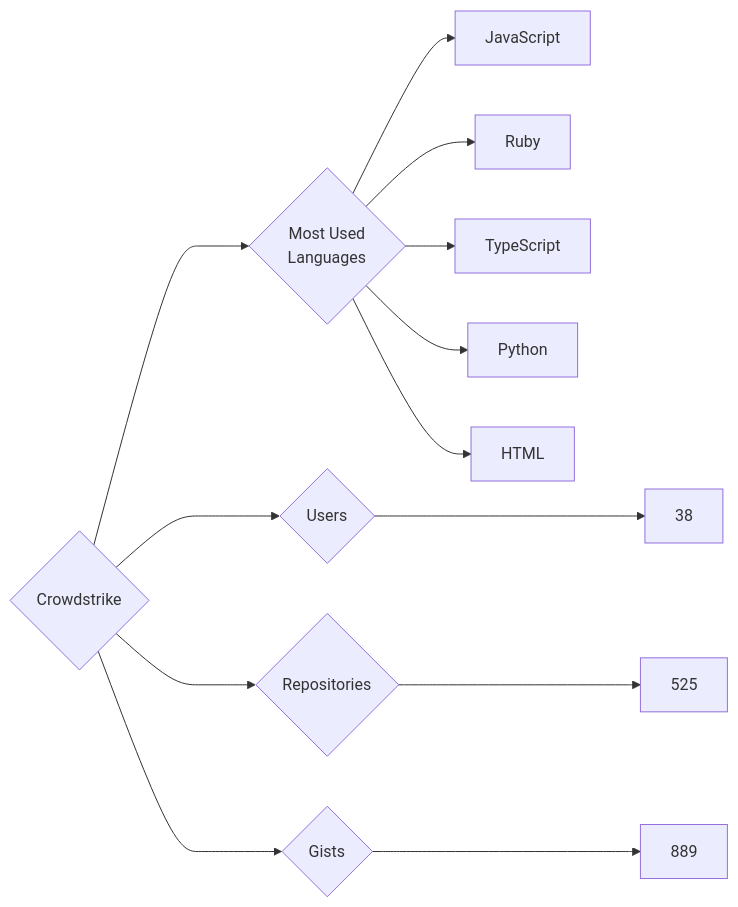
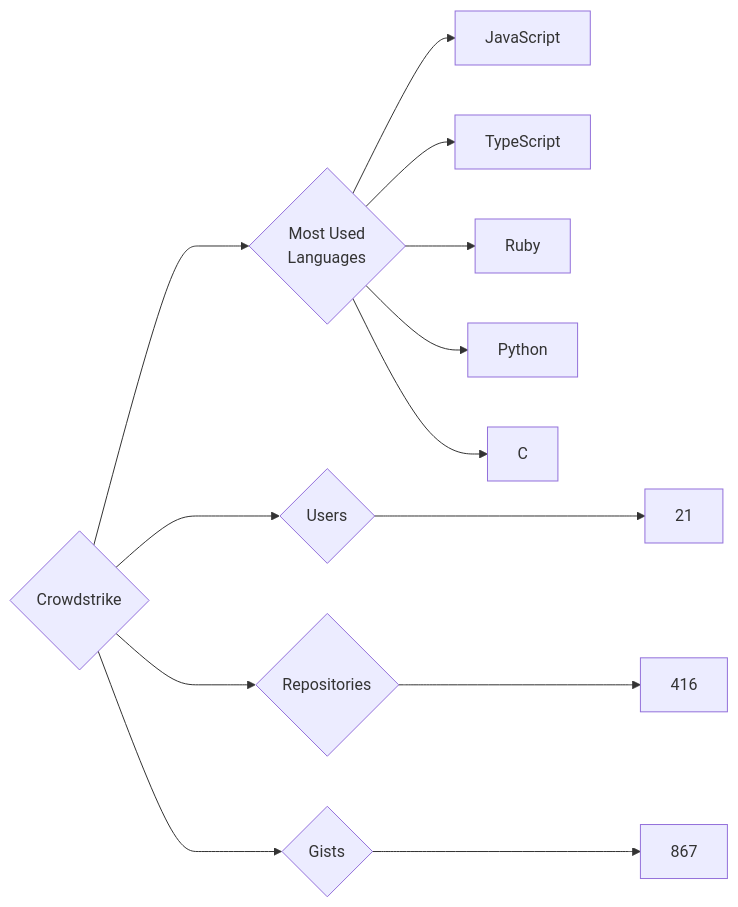
The diagram in targets/Crowdstrike/README.md (trickest/insiders), drawn with Mermaid before and after one commit. The commit also changed 553 other files, not shown here.

````diff
--- a/targets/Crowdstrike/README.md
+++ b/targets/Crowdstrike/README.md
@@ -3,13 +3,13 @@
 ```mermaid
 graph LR
 COMPANY_NAME{Crowdstrike}
-COMPANY_NAME ---> U{Users} ---> UN[38]
-COMPANY_NAME ---> R{Repositories} ---> RN[525]
-COMPANY_NAME ---> G{Gists} ---> GN[889]
+COMPANY_NAME ---> U{Users} ---> UN[21]
+COMPANY_NAME ---> R{Repositories} ---> RN[416]
+COMPANY_NAME ---> G{Gists} ---> GN[867]
 COMPANY_NAME ---> ML{Most Used<br>Languages}
 ML --> JavaScript[JavaScript]
+ML --> TypeScript[TypeScript]
 ML --> Ruby[Ruby]
-ML --> TypeScript[TypeScript]
 ML --> Python[Python]
-ML --> HTML[HTML]
+ML --> C[C]
 ```
````
